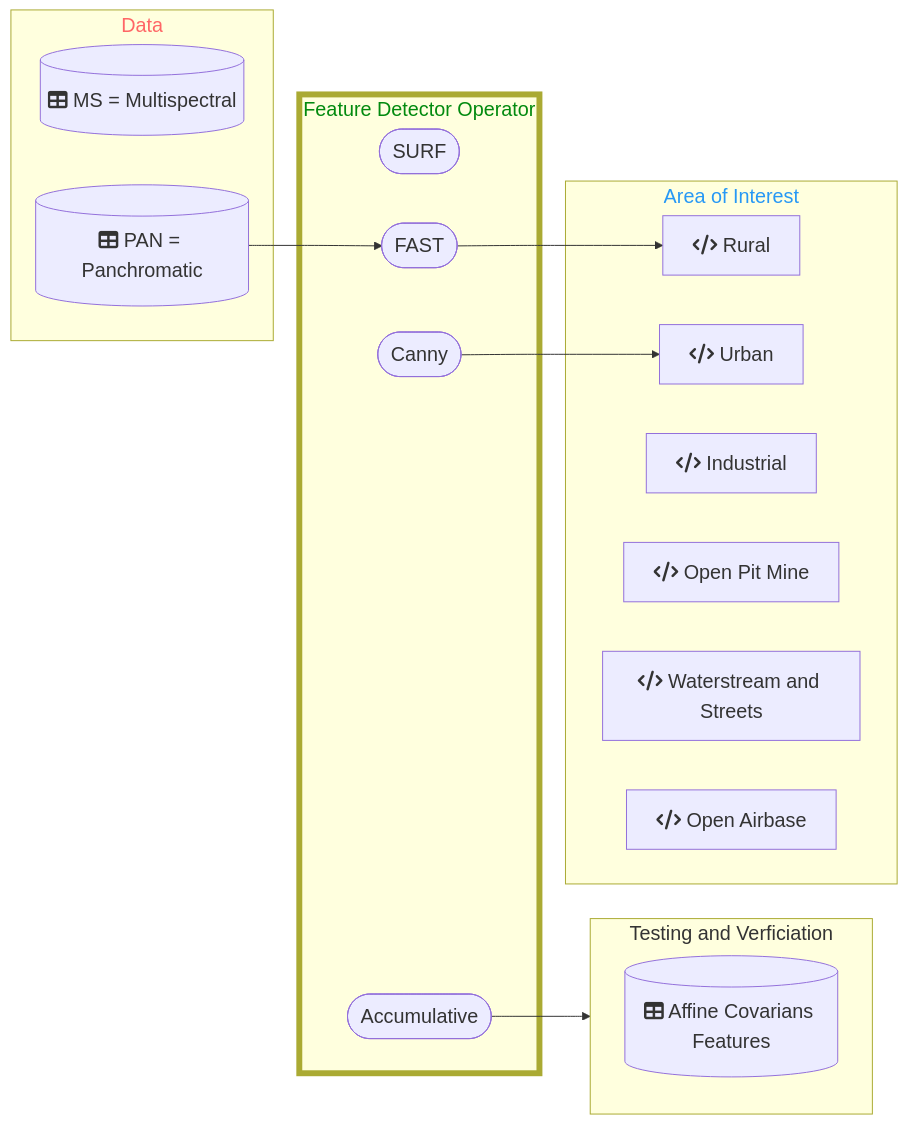
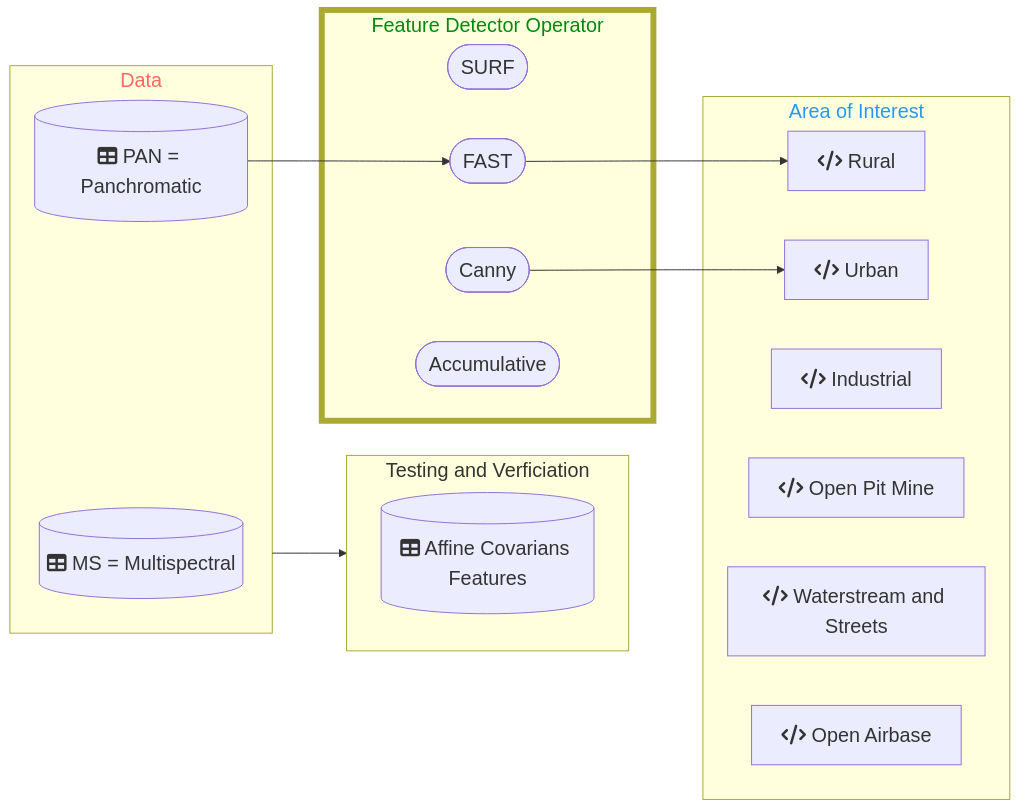
Before and after one commit to DippoldEJ/Feature-Detection-and-Explanation: the diagram in Application/README.md, drawn with Mermaid.

````diff
--- a/Application/README.md
+++ b/Application/README.md
@@ -13,44 +13,44 @@
 ```mermaid
 flowchart LR;
 %%{init: {
 	'themeVariables': { 'fontSize': '20px', 'fontFamily': 'Didot'}
 	}
 }%%
 
  subgraph n[Data]
         g[(fa:fa-table MS = Multispectral)]
         h[(fa:fa-table PAN = Panchromatic)]
     end
 
  subgraph q[Testing and Verficiation]
         r[(fa:fa-table Affine Covarians Features)]
     end
 
  subgraph o[Feature Detector Operator]
         j([SURF])
         k([FAST])
         l([Canny])
         m([Accumulative])
     end
 
 subgraph p[Area of Interest]
     a[fa:fa-code Rural]
     b[fa:fa-code Urban]
     c[fa:fa-code Industrial]
     d[fa:fa-code Open Pit Mine]
     e[fa:fa-code Waterstream and Streets]
     f[fa:fa-code Open Airbase]
     end
 
 style n color:#f66
 style o stroke-width:6px
 style o color:#028A0F
 style p color:#2798F5
 
 h-->k
 k-->a
 l-->b
-m-->q
+n-->q
 
 
 ```
````
